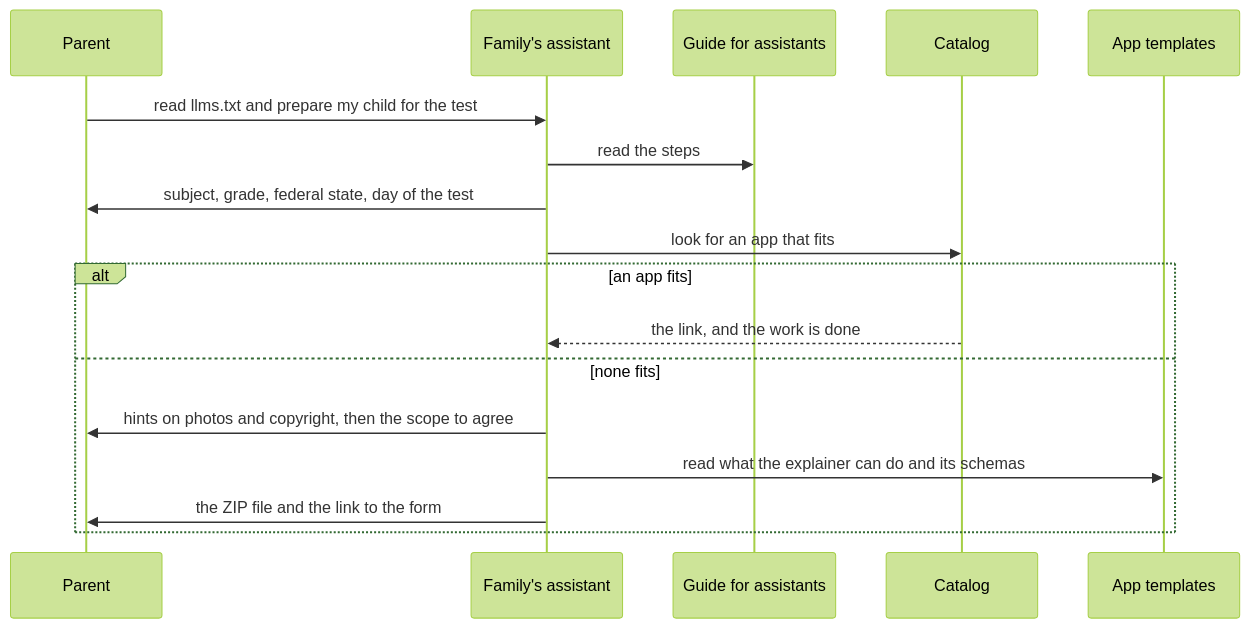
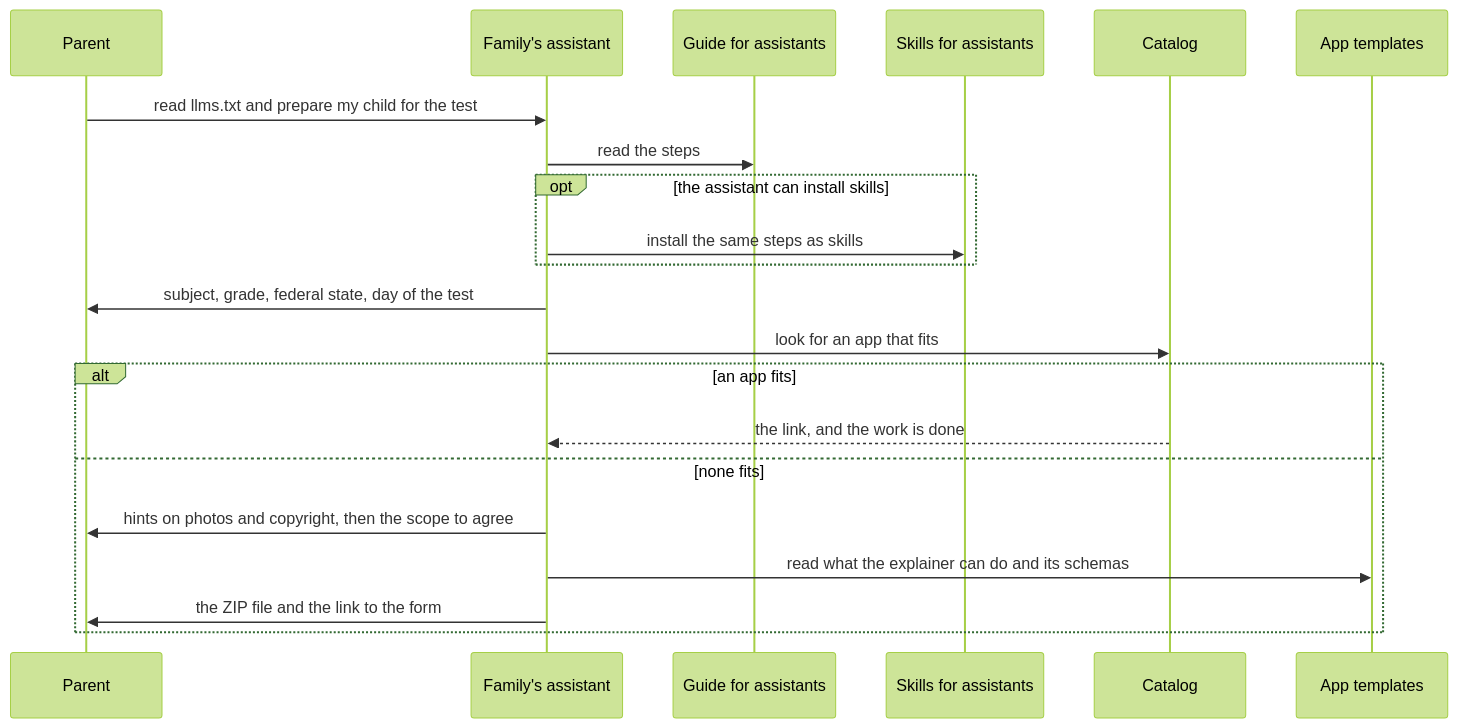
The fifth of 6 diagrams in docs/arc42/06-runtime-view.arc42.md (lernapps/practice), drawn with Mermaid (forest theme) before and after one commit. The commit also changed other lines of this file and 8 other files, not shown here.

First line of the commit message:
docs: describe the skills and the guide build in the architecture and the pages

````diff
--- a/docs/arc42/06-runtime-view.arc42.md
+++ b/docs/arc42/06-runtime-view.arc42.md
@@ -244,19 +244,23 @@
 ```mermaid
 sequenceDiagram
     participant parent as Parent
     participant assistant as Family's assistant
     participant guide as Guide for assistants
+    participant skills as Skills for assistants
     participant catalog as Catalog
     participant templates as App templates
     parent->>assistant: read llms.txt and prepare my child for the test
     assistant->>guide: read the steps
+    opt the assistant can install skills
+        assistant->>skills: install the same steps as skills
+    end
     assistant->>parent: subject, grade, federal state, day of the test
     assistant->>catalog: look for an app that fits
     alt an app fits
         catalog-->>assistant: the link, and the work is done
     else none fits
         assistant->>parent: hints on photos and copyright, then the scope to agree
         assistant->>templates: read what the explainer can do and its schemas
         assistant->>parent: the ZIP file and the link to the form
     end
 ```
````
